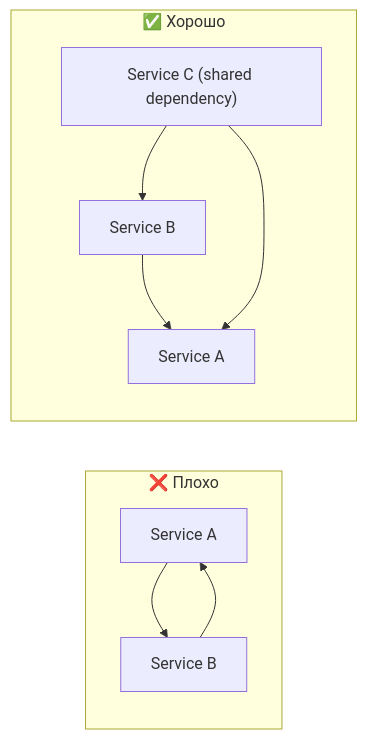
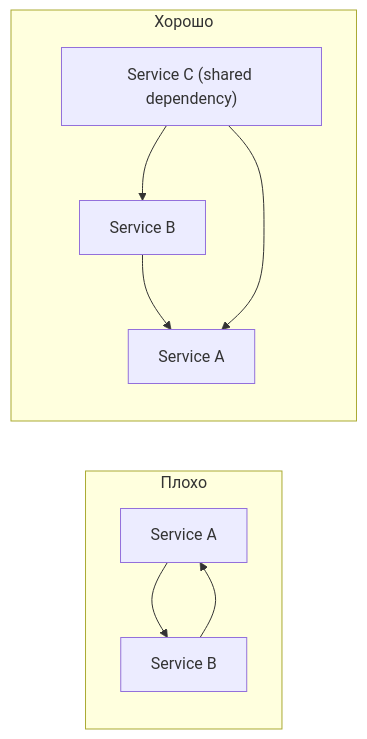
The fifth of 5 diagrams in .data/workplace-init-bundle/standards/standard-service-dependencies.md (pihanya/workplace-scaffold), drawn with Mermaid before and after one commit. The commit also changed other lines of this file and 6 other files, not shown here.

````diff
--- a/.data/workplace-init-bundle/standards/standard-service-dependencies.md
+++ b/.data/workplace-init-bundle/standards/standard-service-dependencies.md
@@ -431,12 +433,12 @@
 ```mermaid
 flowchart LR
-    subgraph Bad["❌ Плохо"]
+    subgraph Bad["Плохо"]
         A1["Service A"] --> B1["Service B"]
         B1 --> A1
     end
-    subgraph Good["✅ Хорошо"]
+    subgraph Good["Хорошо"]
         B2["Service B"] --> A2["Service A"]
         C2["Service C (shared dependency)"] --> B2
         C2 --> A2
     end
 ```
````
